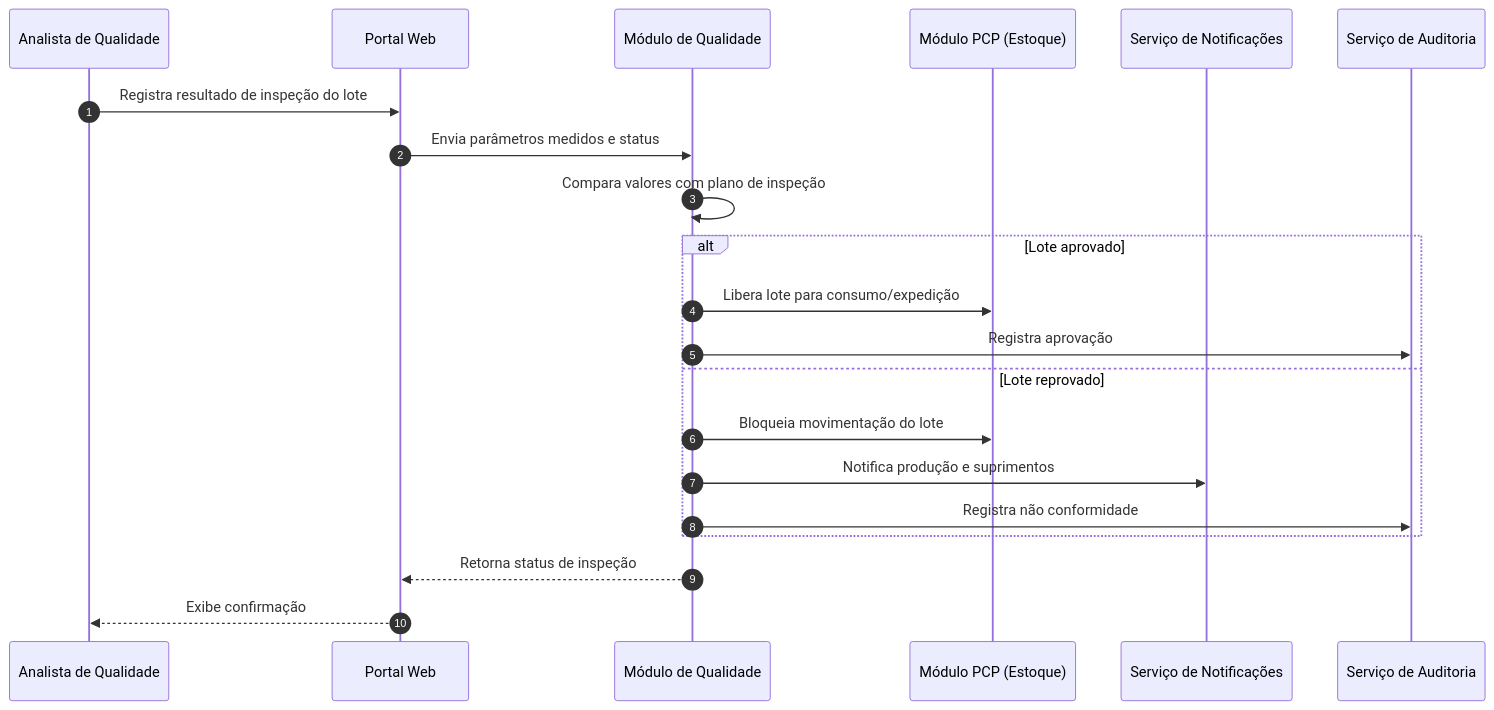
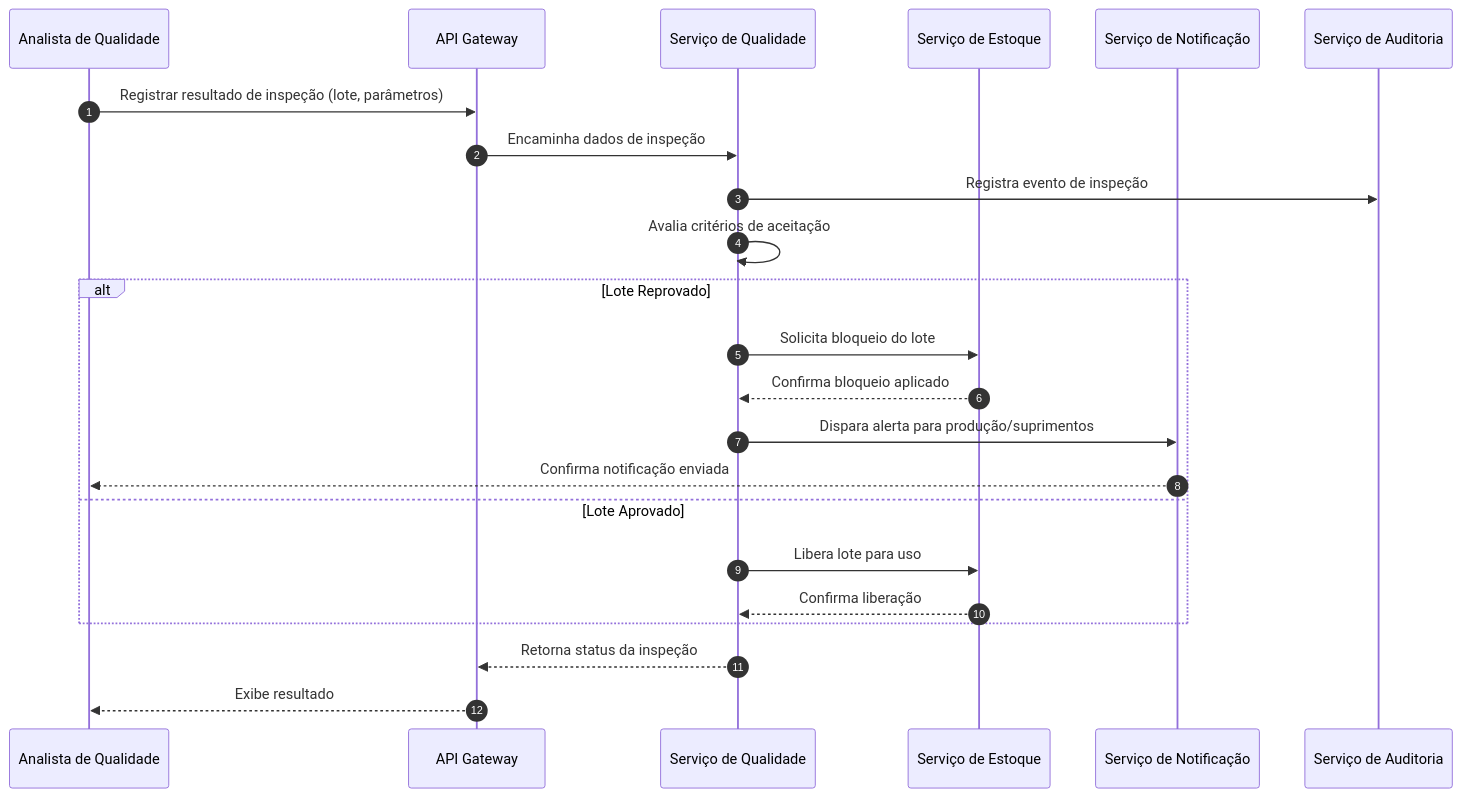
One commit to PDC-ESIA/AI4ES changed the third of 3 diagrams in docs/Time_2_Design/analise-qualitativa/outputs/relatorio_claude_sonnet_5_G03.md. Above: the diagram before and after it, drawn with Mermaid. The commit also changed other lines of this file and 107 other files, not shown here.

````diff
--- a/docs/Time_2_Design/analise-qualitativa/outputs/relatorio_claude_sonnet_5_G03.md
+++ b/docs/Time_2_Design/analise-qualitativa/outputs/relatorio_claude_sonnet_5_G03.md
@@ -153,24 +120,26 @@
 ```mermaid
 sequenceDiagram
     autonumber
-    participant Analista as Analista de Qualidade
-    participant Portal as Portal Web
-    participant Qual as Módulo de Qualidade
-    participant Estoque as Módulo PCP (Estoque)
-    participant Notif as Serviço de Notificações
-    participant Aud as Serviço de Auditoria
+    participant Q as Analista de Qualidade
+    participant GW as API Gateway
+    participant QUAL as Serviço de Qualidade
+    participant EST as Serviço de Estoque
+    participant NOT as Serviço de Notificação
+    participant AUD as Serviço de Auditoria
 
-    Analista->>Portal: Registra resultado de inspeção do lote
-    Portal->>Qual: Envia parâmetros medidos e status
-    Qual->>Qual: Compara valores com plano de inspeção
-    alt Lote aprovado
-        Qual->>Estoque: Libera lote para consumo/expedição
-        Qual->>Aud: Registra aprovação
-    else Lote reprovado
-        Qual->>Estoque: Bloqueia movimentação do lote
-        Qual->>Notif: Notifica produção e suprimentos
-        Qual->>Aud: Registra não conformidade
+    Q->>GW: Registrar resultado de inspeção (lote, parâmetros)
+    GW->>QUAL: Encaminha dados de inspeção
+    QUAL->>AUD: Registra evento de inspeção
+    QUAL->>QUAL: Avalia critérios de aceitação
+    alt Lote Reprovado
+        QUAL->>EST: Solicita bloqueio do lote
+        EST-->>QUAL: Confirma bloqueio aplicado
+        QUAL->>NOT: Dispara alerta para produção/suprimentos
+        NOT-->>Q: Confirma notificação enviada
+    else Lote Aprovado
+        QUAL->>EST: Libera lote para uso
+        EST-->>QUAL: Confirma liberação
     end
-    Qual-->>Portal: Retorna status de inspeção
-    Portal-->>Analista: Exibe confirmação
+    QUAL-->>GW: Retorna status da inspeção
+    GW-->>Q: Exibe resultado
 ```
````
